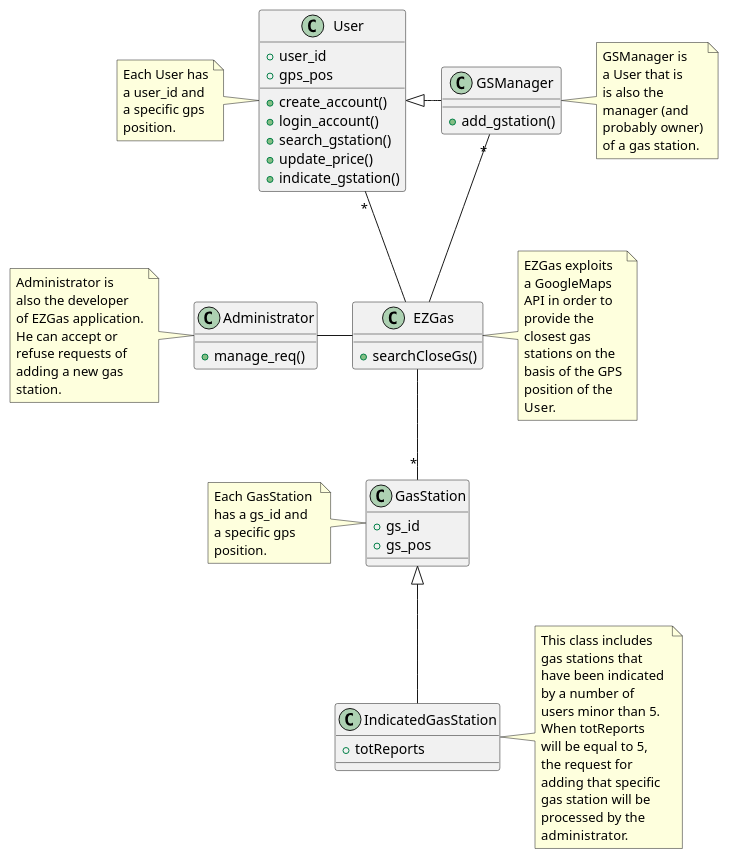
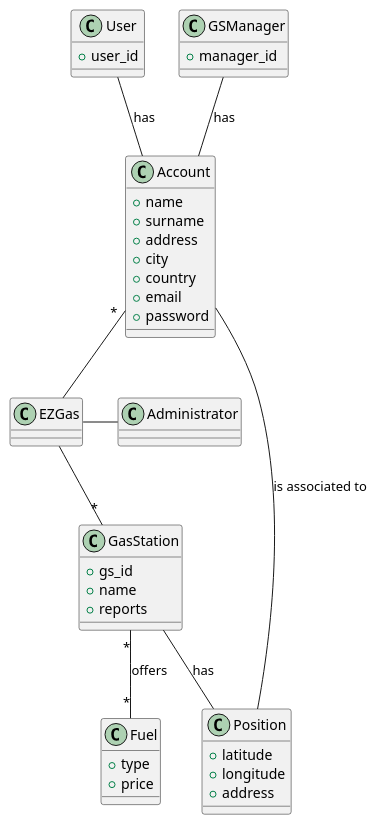
Before and after one commit to SoftengPoliTo/Lab2: the third of 3 diagrams in REQ_s269731.md, drawn with PlantUML. The commit also changed other lines of this file and 11 other files, not shown here.

````diff
--- a/REQ_s269731.md
+++ b/REQ_s269731.md
@@ -244,102 +244,54 @@
 
 class User {
   +user_id
-  +gps_pos
-  +create_account()
-  +login_account()
-  +search_gstation()
-  +update_price()
-  +indicate_gstation()
 }
 
-note left of User
-  Each User has
-  a user_id and
-  a specific gps
-  position.
-end note
-
 class Administrator {
-  +manage_req()
 }
 
-note left of Administrator
-  Administrator is
-  also the developer 
-  of EZGas application.
-  He can accept or 
-  refuse requests of 
-  adding a new gas
-  station.
-end note
-
 class GSManager {
-  +add_gstation()
+  +manager_id
 }
 
-note right of GSManager
-  GSManager is 
-  a User that is
-  is also the 
-  manager (and 
-  probably owner)
-  of a gas station.
-end note
-
 class EZGas {
-  +searchCloseGs()
 }
 
-note right of EZGas
-  EZGas exploits
-  a GoogleMaps 
-  API in order to
-  provide the 
-  closest gas 
-  stations on the 
-  basis of the GPS
-  position of the
-  User.
-end note
+class Account {
+  +name
+  +surname
+  +address
+  +city
+  +country
+  +email
+  +password
+}
 
 class GasStation {
   +gs_id
-  +gs_pos
+  +name
+  +reports
 }
 
-note left of GasStation
-  Each GasStation 
-  has a gs_id and
-  a specific gps
-  position.
-end note
-
-class IndicatedGasStation {
-  +totReports
+class Fuel {
+  +type
+  +price
 }
 
-note right of IndicatedGasStation
-  This class includes 
-  gas stations that
-  have been indicated 
-  by a number of
-  users minor than 5.
-  When totReports 
-  will be equal to 5,
-  the request for 
-  adding that specific
-  gas station will be 
-  processed by the
-  administrator.
-end note
+class Position {
+  +latitude
+  +longitude
+  +address
+}
 
-User <|- GSManager
-User "*" -down- EZGas
-GSManager "*" -down- EZGas
-EZGas -down- "*" GasStation
-GasStation <|-down- IndicatedGasStation
-Administrator -right- EZGas
 
+User -- Account : has
+GSManager -- Account : has
+Account -- Position : is associated to
+Account "*" -- EZGas
+EZGas -- "*" GasStation
+EZGas -right- Administrator
+GasStation "*" -- "*" Fuel : offers
+GasStation -- Position : has
 
 @enduml
 ``` 
````
